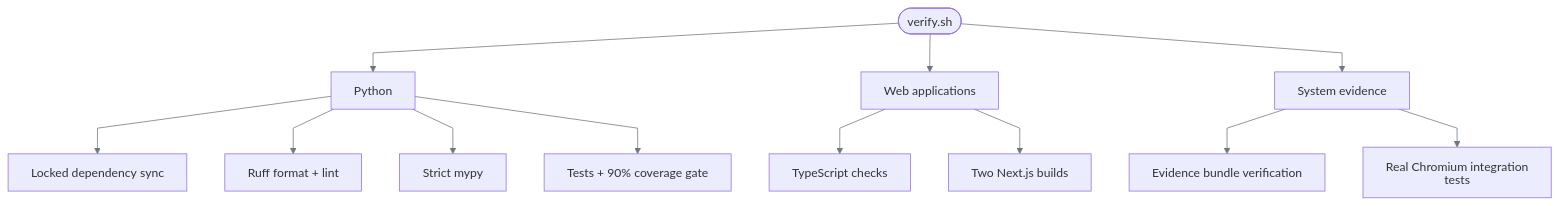
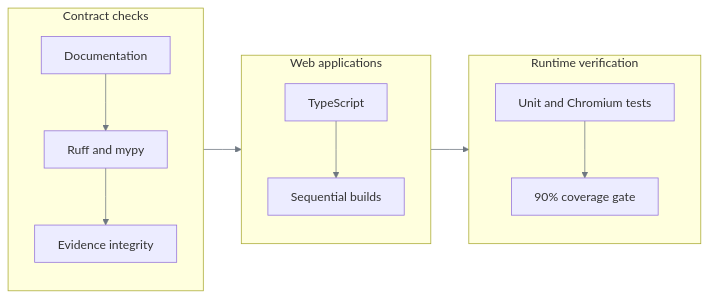
One commit to SivaTSS/replay-forge changed the diagram in docs/verification.md. Above: the diagram before and after it, drawn with Mermaid. The commit also changed other lines of this file and 15 other files, not shown here.

Commit message:
docs: unify reference structure and validate diagram consistency

````diff
--- a/docs/verification.md
+++ b/docs/verification.md
@@ -9,17 +11,19 @@
 ```mermaid
 %%{init: {"htmlLabels":false,"themeVariables":{"lineColor":"#6E7781","signalColor":"#6E7781"},"flowchart":{"curve":"linear"},"sequence":{"wrap":true}}}%%
-flowchart TB
-    V([verify.sh]) --> PY[Python]
-    V --> WEB[Web applications]
-    V --> SYS[System evidence]
-
-    PY --> D[Locked dependency sync]
-    PY --> F[Ruff format + lint]
-    PY --> M[Strict mypy]
-    PY --> U[Tests + 90% coverage gate]
-    WEB --> T[TypeScript checks]
-    WEB --> B[Two Next.js builds]
-    SYS --> E[Evidence bundle verification]
-    SYS --> I[Real Chromium integration tests]
-
+flowchart LR
+    subgraph Contracts[Contract checks]
+        direction TB
+        D[Documentation] --> P[Ruff and mypy]
+        P --> E[Evidence integrity]
+    end
+    subgraph Web[Web applications]
+        direction TB
+        T[TypeScript] --> B[Sequential builds]
+    end
+    subgraph Runtime[Runtime verification]
+        direction TB
+        U[Unit and Chromium tests] --> C[90% coverage gate]
+    end
+    Contracts --> Web
+    Web --> Runtime
 ```
````
